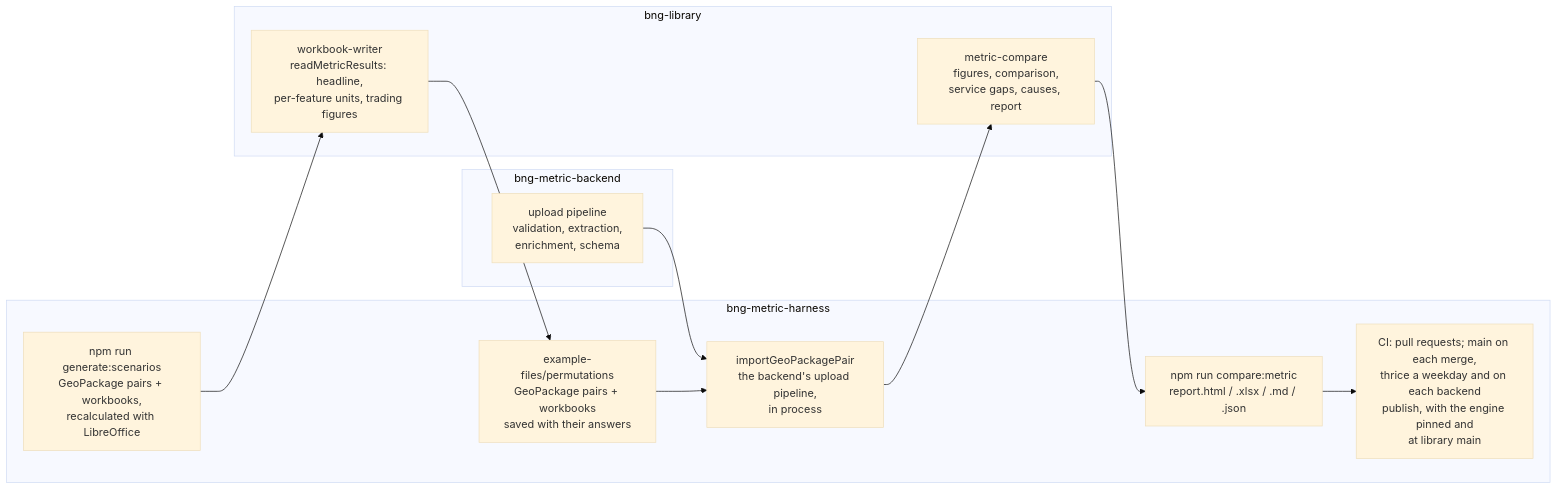
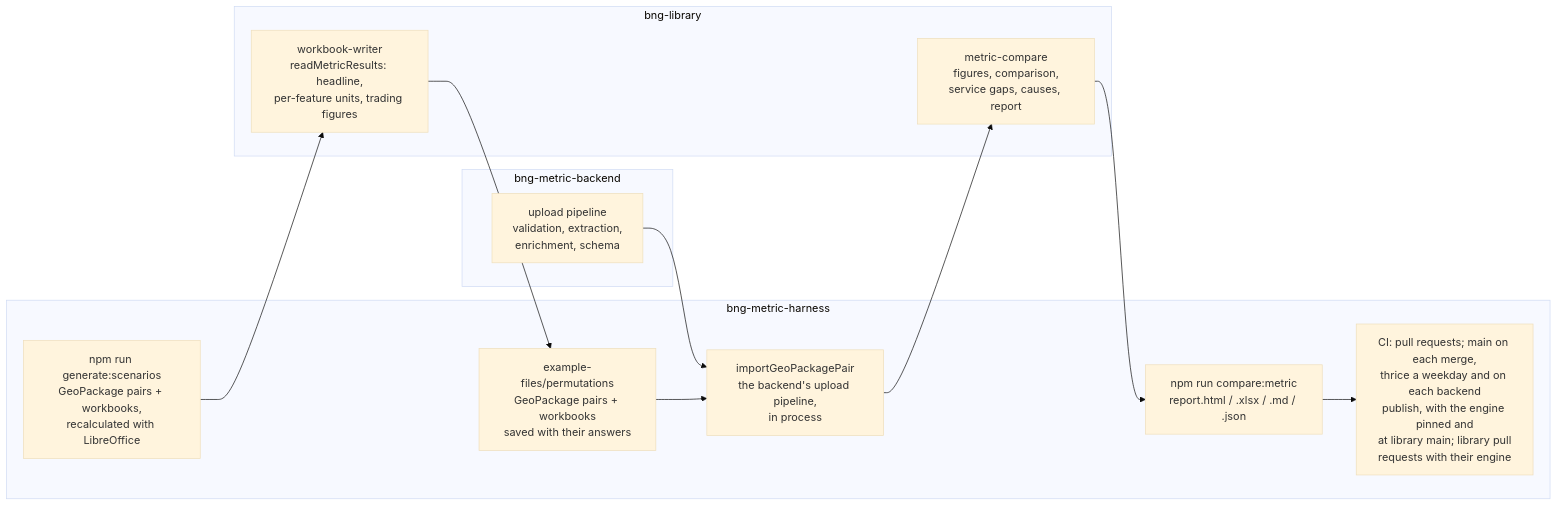
One commit to DEFRA/bng-metric-harness changed the diagram in docs/compare-metric.md. Above: the diagram before and after it, drawn with Mermaid (base theme). The commit also changed other lines of this file and 2 other files, not shown here.

First line of the commit message:
BMD-1036 Run the metric comparison in merge queues and for library pull requests (#148)

````diff
--- a/docs/compare-metric.md
+++ b/docs/compare-metric.md
@@ -76,22 +76,22 @@
 ```mermaid
 flowchart LR
   subgraph harness[bng-metric-harness]
     gen["npm run generate:scenarios<br>GeoPackage pairs + workbooks,<br>recalculated with LibreOffice"]
     corpus["example-files/permutations<br>GeoPackage pairs + workbooks<br>saved with their answers"]
     import["importGeoPackagePair<br>the backend's upload pipeline,<br>in process"]
     cli["npm run compare:metric<br>report.html / .xlsx / .md / .json"]
-    ci["CI: pull requests; main on each merge,<br>thrice a weekday and on each backend<br>publish, with the engine pinned and<br>at library main"]
+    ci["CI: pull requests; main on each merge,<br>thrice a weekday and on each backend<br>publish, with the engine pinned and<br>at library main; library pull<br>requests with their engine"]
   end
   subgraph library[bng-library]
     reader["workbook-writer<br>readMetricResults: headline,<br>per-feature units, trading figures"]
     compare["metric-compare<br>figures, comparison,<br>service gaps, causes, report"]
   end
   subgraph backend[bng-metric-backend]
     pipeline["upload pipeline<br>validation, extraction,<br>enrichment, schema"]
   end
   gen --> reader
   reader --> corpus
   pipeline --> import
   corpus --> import --> compare
   compare --> cli --> ci
 ```
````
